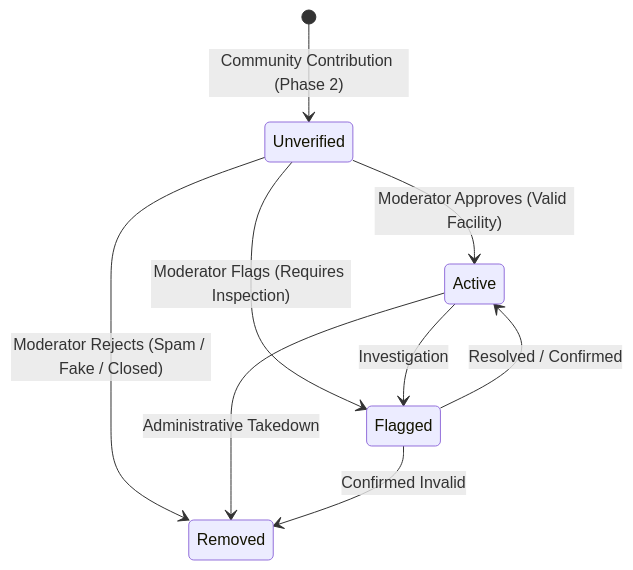
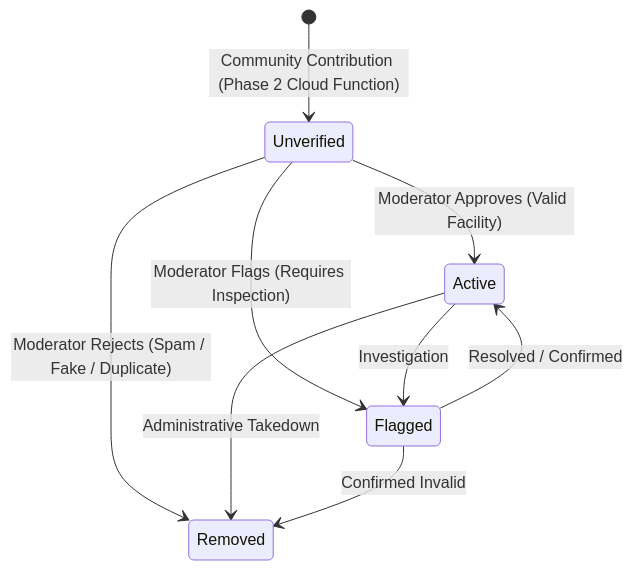
The diagram in docs/tasks/P4.0-moderation-spec.md (mrdzyn/flushcrowd), drawn with Mermaid before and after one commit. The commit also changed other lines of this file and 2 other files, not shown here.

````diff
--- a/docs/tasks/P4.0-moderation-spec.md
+++ b/docs/tasks/P4.0-moderation-spec.md
@@ -59,11 +104,11 @@
 ```mermaid
 stateDiagram-v2
-    [*] --> Unverified: Community Contribution (Phase 2)
+    [*] --> Unverified: Community Contribution (Phase 2 Cloud Function)
     Unverified --> Active: Moderator Approves (Valid Facility)
-    Unverified --> Removed: Moderator Rejects (Spam / Fake / Closed)
+    Unverified --> Removed: Moderator Rejects (Spam / Fake / Duplicate)
     Unverified --> Flagged: Moderator Flags (Requires Inspection)
     Active --> Removed: Administrative Takedown
     Active --> Flagged: Investigation
     Flagged --> Active: Resolved / Confirmed
     Flagged --> Removed: Confirmed Invalid
 ```
````
